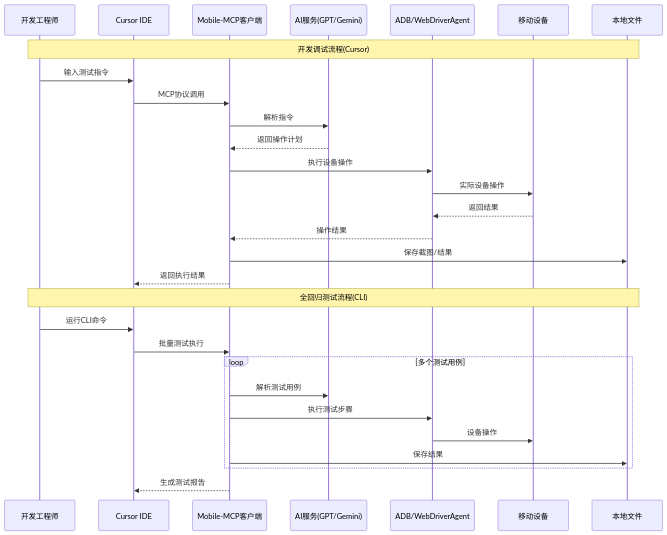
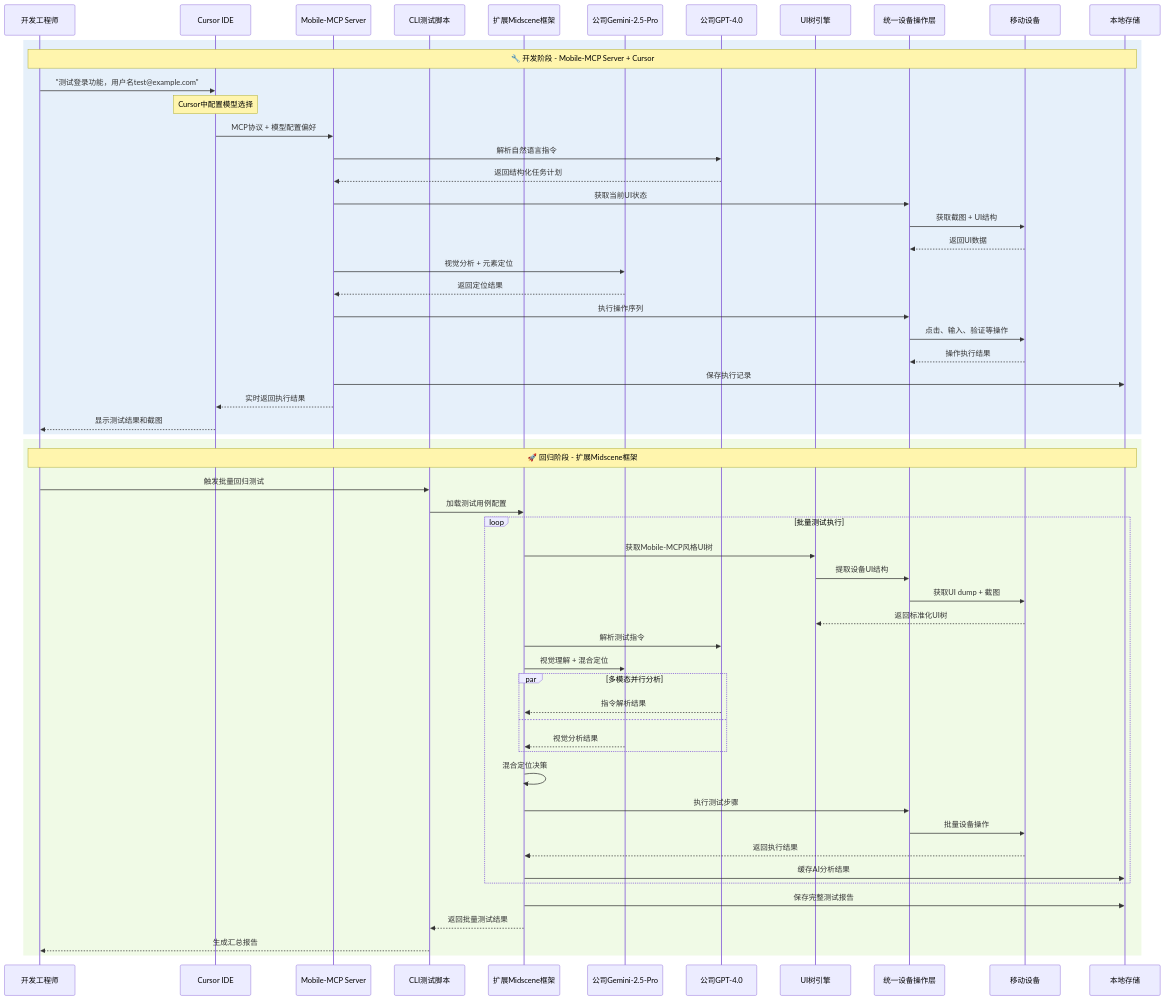
Before and after one commit to zhuozp/AI-UI-: the fourth of 32 diagrams in Tech.md, drawn with Mermaid. The commit also changed other lines of this file, not shown here.

````diff
--- a/Tech.md
+++ b/Tech.md
@@ -327,33 +763,75 @@
 ```mermaid
 sequenceDiagram
     participant Developer as 开发工程师
     participant Cursor as Cursor IDE
-    participant MCP as Mobile-MCP客户端
-    participant AI as AI服务(GPT/Gemini)
-    participant ADB as ADB/WebDriverAgent
+    participant MCPServer as Mobile-MCP Server
+    participant CLI as CLI测试脚本
+    participant ExtMidscene as 扩展Midscene框架
+    participant CompanyGemini as 公司Gemini-2.5-Pro
+    participant CompanyGPT as 公司GPT-4.0
+    participant UITree as UI树引擎
+    participant DeviceOp as 统一设备操作层
     participant Devices as 移动设备
-    participant Files as 本地文件
+    participant LocalStorage as 本地存储
     
-    Note over Developer, Files: 开发调试流程(Cursor)
-    Developer->>Cursor: 输入测试指令
-    Cursor->>MCP: MCP协议调用
-    MCP->>AI: 解析指令
-    AI-->>MCP: 返回操作计划
-    MCP->>ADB: 执行设备操作
-    ADB->>Devices: 实际设备操作
-    Devices-->>ADB: 返回结果
-    ADB-->>MCP: 操作结果
-    MCP->>Files: 保存截图/结果
-    MCP-->>Cursor: 返回执行结果
+    rect rgb(230, 240, 250)
+        Note over Developer, LocalStorage: 🔧 开发阶段 - Mobile-MCP Server + Cursor
+        
+        Developer->>Cursor: "测试登录功能，用户名test@example.com"
+        
+        Note over Cursor: Cursor中配置模型选择
+        Cursor->>MCPServer: MCP协议 + 模型配置偏好
+        
+        MCPServer->>CompanyGPT: 解析自然语言指令
+        CompanyGPT-->>MCPServer: 返回结构化任务计划
+        
+        MCPServer->>DeviceOp: 获取当前UI状态
+        DeviceOp->>Devices: 获取截图 + UI结构
+        Devices-->>DeviceOp: 返回UI数据
+        
+        MCPServer->>CompanyGemini: 视觉分析 + 元素定位
+        CompanyGemini-->>MCPServer: 返回定位结果
+        
+        MCPServer->>DeviceOp: 执行操作序列
+        DeviceOp->>Devices: 点击、输入、验证等操作
+        Devices-->>DeviceOp: 操作执行结果
+        
+        MCPServer->>LocalStorage: 保存执行记录
+        MCPServer-->>Cursor: 实时返回执行结果
+        Cursor-->>Developer: 显示测试结果和截图
+    end
     
-    Note over Developer, Files: 全回归测试流程(CLI)
-    Developer->>Cursor: 运行CLI命令
-    Cursor->>MCP: 批量测试执行
-    loop 多个测试用例
-        MCP->>AI: 解析测试用例
-        MCP->>ADB: 执行测试步骤
-        ADB->>Devices: 设备操作
-        MCP->>Files: 保存结果
+    rect rgb(240, 250, 230)
+        Note over Developer, LocalStorage: 🚀 回归阶段 - 扩展Midscene框架
+        
+        Developer->>CLI: 触发批量回归测试
+        CLI->>ExtMidscene: 加载测试用例配置
+        
+        loop 批量测试执行
+            ExtMidscene->>UITree: 获取Mobile-MCP风格UI树
+            UITree->>DeviceOp: 提取设备UI结构
+            DeviceOp->>Devices: 获取UI dump + 截图
+            Devices-->>UITree: 返回标准化UI树
+            
+            ExtMidscene->>CompanyGPT: 解析测试指令
+            ExtMidscene->>CompanyGemini: 视觉理解 + 混合定位
+            
+            par 多模态并行分析
+                CompanyGPT-->>ExtMidscene: 指令解析结果
+            and
+                CompanyGemini-->>ExtMidscene: 视觉分析结果
+            end
+            
+            ExtMidscene->>ExtMidscene: 混合定位决策
+            ExtMidscene->>DeviceOp: 执行测试步骤
+            DeviceOp->>Devices: 批量设备操作
+            Devices-->>ExtMidscene: 返回执行结果
+            
+            ExtMidscene->>LocalStorage: 缓存AI分析结果
+        end
+        
+        ExtMidscene->>LocalStorage: 保存完整测试报告
+        ExtMidscene-->>CLI: 返回批量测试结果
+        CLI-->>Developer: 生成汇总报告
     end
-    MCP-->>Cursor: 生成测试报告
 ```
````
